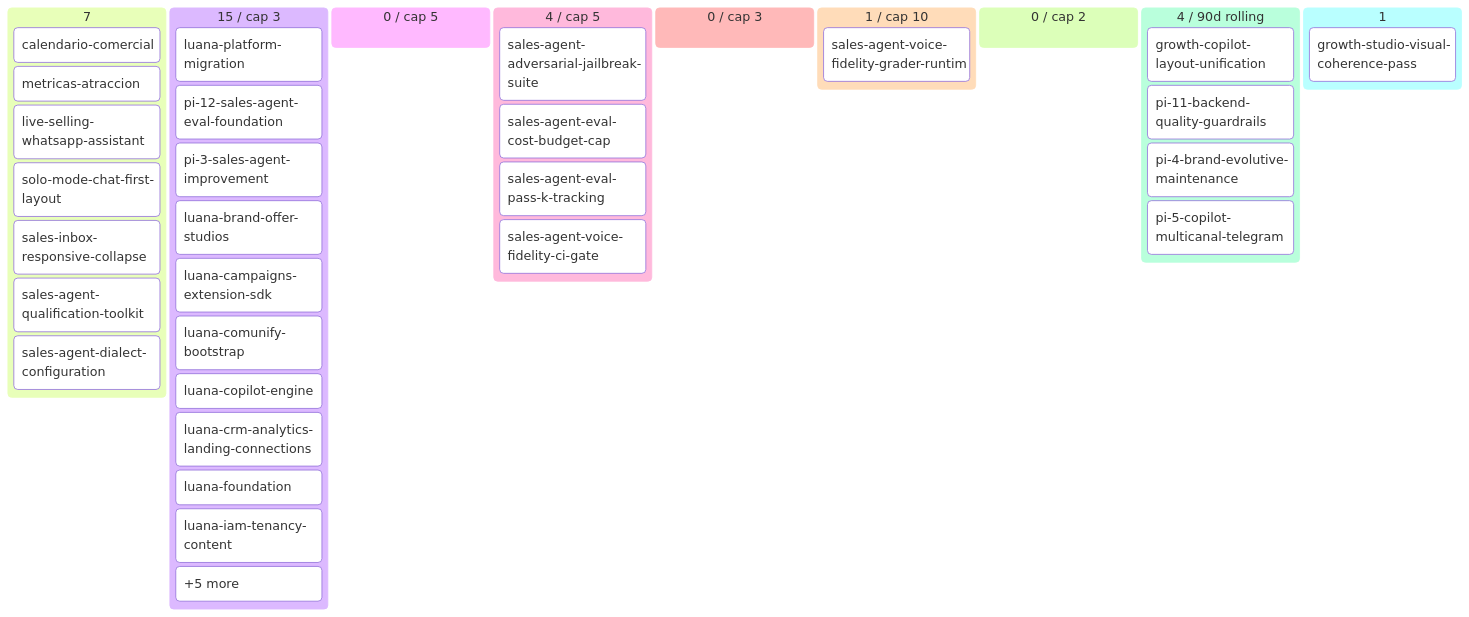
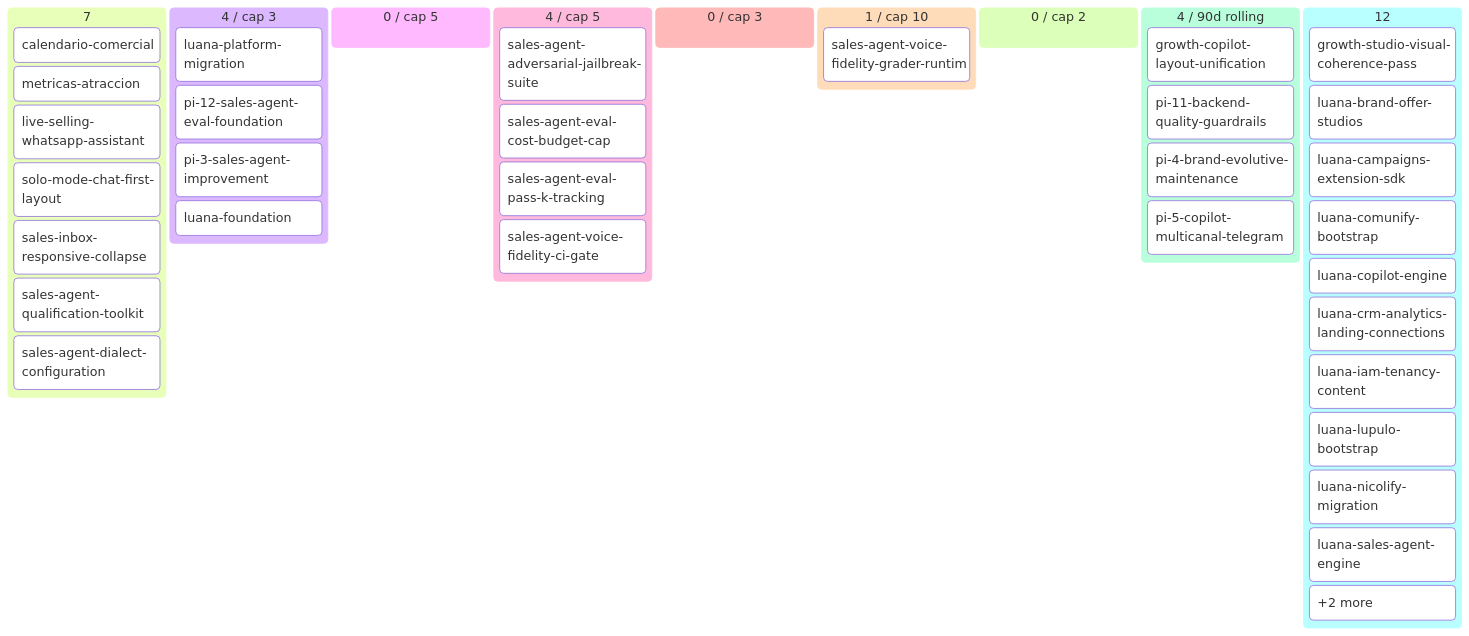
One commit to alpacapurpura/ap_sales_agent changed the diagram in docs/product/BACKLOG.md. Above: the diagram before and after it, drawn with Mermaid. The commit also changed other lines of this file and 15 other files, not shown here.

First line of the commit message:
fix(luana-platform): park stories 2-14, only Story 1 active refining

````diff
--- a/docs/product/BACKLOG.md
+++ b/docs/product/BACKLOG.md
@@ -73,40 +70,43 @@
 ```mermaid
 kanban
   💡 Ideas (7)
     calendario-comercial[calendario-comercial]
     metricas-atraccion[metricas-atraccion]
     live-selling-whatsapp-assistan[live-selling-whatsapp-assistant]
     solo-mode-chat-first-layout[solo-mode-chat-first-layout]
     sales-inbox-responsive-collaps[sales-inbox-responsive-collapse]
     sales-agent-qualification-tool[sales-agent-qualification-toolkit]
     sales-agent-dialect-configurat[sales-agent-dialect-configuration]
-  🔬 Refining (15 / cap 3)
+  🔬 Refining (4 / cap 3)
     luana-platform-migration[luana-platform-migration]
     pi-12-sales-agent-eval-foundat[pi-12-sales-agent-eval-foundation]
     pi-3-sales-agent-improvement[pi-3-sales-agent-improvement]
-    luana-brand-offer-studios[luana-brand-offer-studios]
-    luana-campaigns-extension-sdk[luana-campaigns-extension-sdk]
-    luana-comunify-bootstrap[luana-comunify-bootstrap]
-    luana-copilot-engine[luana-copilot-engine]
-    luana-crm-analytics-landing-co[luana-crm-analytics-landing-connections]
     luana-foundation[luana-foundation]
-    luana-iam-tenancy-content[luana-iam-tenancy-content]
-    overflow-🔬 Refining[+5 more]
   ✅ Refined (0 / cap 5)
   📦 Ready (4 / cap 5)
     sales-agent-adversarial-jailbr[sales-agent-adversarial-jailbreak-suite]
     sales-agent-eval-cost-budget-c[sales-agent-eval-cost-budget-cap]
     sales-agent-eval-pass-k-tracki[sales-agent-eval-pass-k-tracking]
     sales-agent-voice-fidelity-ci-[sales-agent-voice-fidelity-ci-gate]
   🔨 Developing (0 / cap 3)
   🧪 Developed (1 / cap 10)
     sales-agent-voice-fidelity-gra[sales-agent-voice-fidelity-grader-runtim]
   🔍 Reviewing (0 / cap 2)
   ✅ Done (4 / 90d rolling)
     growth-copilot-layout-unificat[growth-copilot-layout-unification]
     pi-11-backend-quality-guardrai[pi-11-backend-quality-guardrails]
     pi-4-brand-evolutive-maintenan[pi-4-brand-evolutive-maintenance]
     pi-5-copilot-multicanal-telegr[pi-5-copilot-multicanal-telegram]
-  🅿 Parked (1)
+  🅿 Parked (12)
     growth-studio-visual-coherence[growth-studio-visual-coherence-pass]
+    luana-brand-offer-studios[luana-brand-offer-studios]
+    luana-campaigns-extension-sdk[luana-campaigns-extension-sdk]
+    luana-comunify-bootstrap[luana-comunify-bootstrap]
+    luana-copilot-engine[luana-copilot-engine]
+    luana-crm-analytics-landing-co[luana-crm-analytics-landing-connections]
+    luana-iam-tenancy-content[luana-iam-tenancy-content]
+    luana-lupulo-bootstrap[luana-lupulo-bootstrap]
+    luana-nicolify-migration[luana-nicolify-migration]
+    luana-sales-agent-engine[luana-sales-agent-engine]
+    overflow-🅿 Parked[+2 more]
 ```
````
